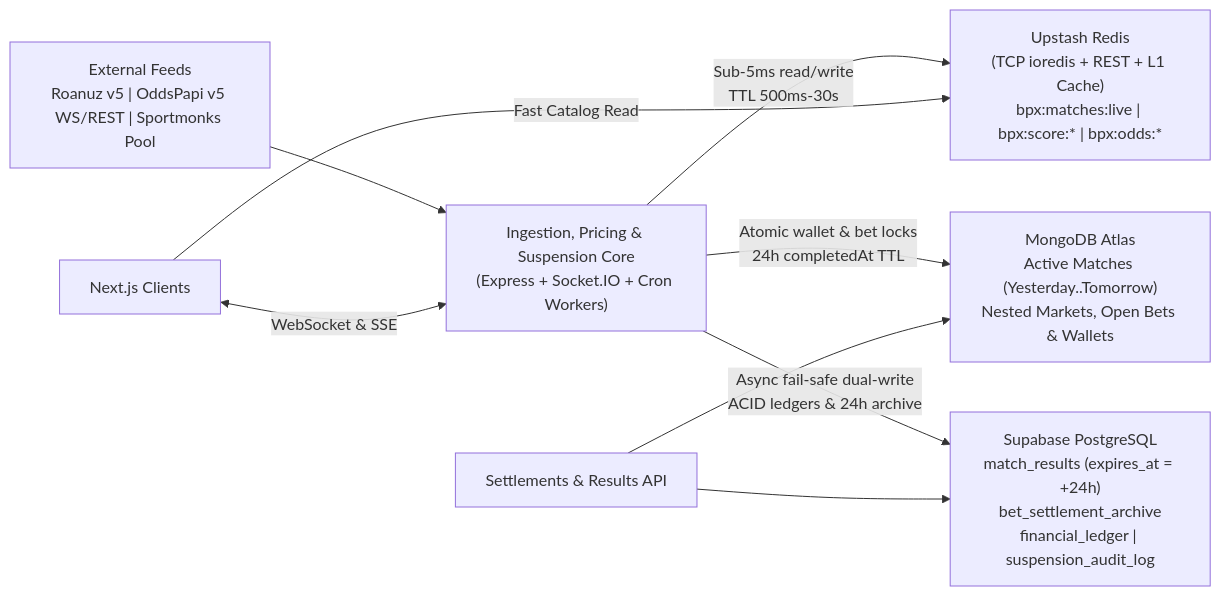
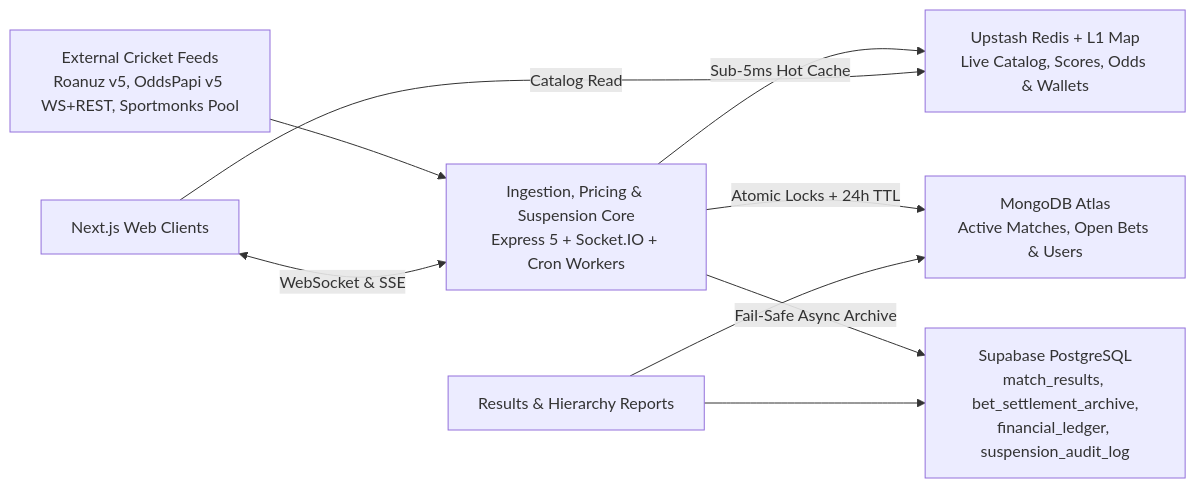
One commit to Innosphere5/betproexchange-server changed the first of 2 diagrams in README.md. Above: the diagram before and after it, drawn with Mermaid. The commit also changed other lines of this file, not shown here.

Commit message:
docs: fix Mermaid syntax and detail backend polyglot DB system design & tech stack

````diff
--- a/README.md
+++ b/README.md
@@ -51,13 +50,13 @@
 ```mermaid
 flowchart LR
-    Feeds["External Feeds\nRoanuz v5 | OddsPapi v5 WS/REST | Sportmonks Pool"] --> Core["Ingestion, Pricing & Suspension Core\n(Express + Socket.IO + Cron Workers)"]
+    Feeds["External Cricket Feeds<br/>Roanuz v5, OddsPapi v5 WS+REST, Sportmonks Pool"] --> Core["Ingestion, Pricing & Suspension Core<br/>Express 5 + Socket.IO + Cron Workers"]
 
-    Core -->|"Sub-5ms read/write\nTTL 500ms-30s"| Redis["Upstash Redis\n(TCP ioredis + REST + L1 Cache)\nbpx:matches:live | bpx:score:* | bpx:odds:*"]
-    Core -->|"Atomic wallet & bet locks\n24h completedAt TTL"| Mongo["MongoDB Atlas\nActive Matches (Yesterday..Tomorrow)\nNested Markets, Open Bets & Wallets"]
-    Core -->|"Async fail-safe dual-write\nACID ledgers & 24h archive"| Supa["Supabase PostgreSQL\nmatch_results (expires_at = +24h)\nbet_settlement_archive\nfinancial_ledger | suspension_audit_log"]
+    Core -->|Sub-5ms Hot Cache| Redis["Upstash Redis + L1 Map<br/>Live Catalog, Scores, Odds & Wallets"]
+    Core -->|Atomic Locks + 24h TTL| Mongo["MongoDB Atlas<br/>Active Matches, Open Bets & Users"]
+    Core -->|Fail-Safe Async Archive| Supa["Supabase PostgreSQL<br/>match_results, bet_settlement_archive,<br/>financial_ledger, suspension_audit_log"]
 
-    Clients["Next.js Clients"] <-->|"WebSocket & SSE"| Core
-    Clients -->|"Fast Catalog Read"| Redis
-    Reports["Settlements & Results API"] --> Mongo
+    Clients["Next.js Web Clients"] <-->|WebSocket & SSE| Core
+    Clients -->|Catalog Read| Redis
+    Reports["Results & Hierarchy Reports"] --> Mongo
     Reports --> Supa
 ```
````
